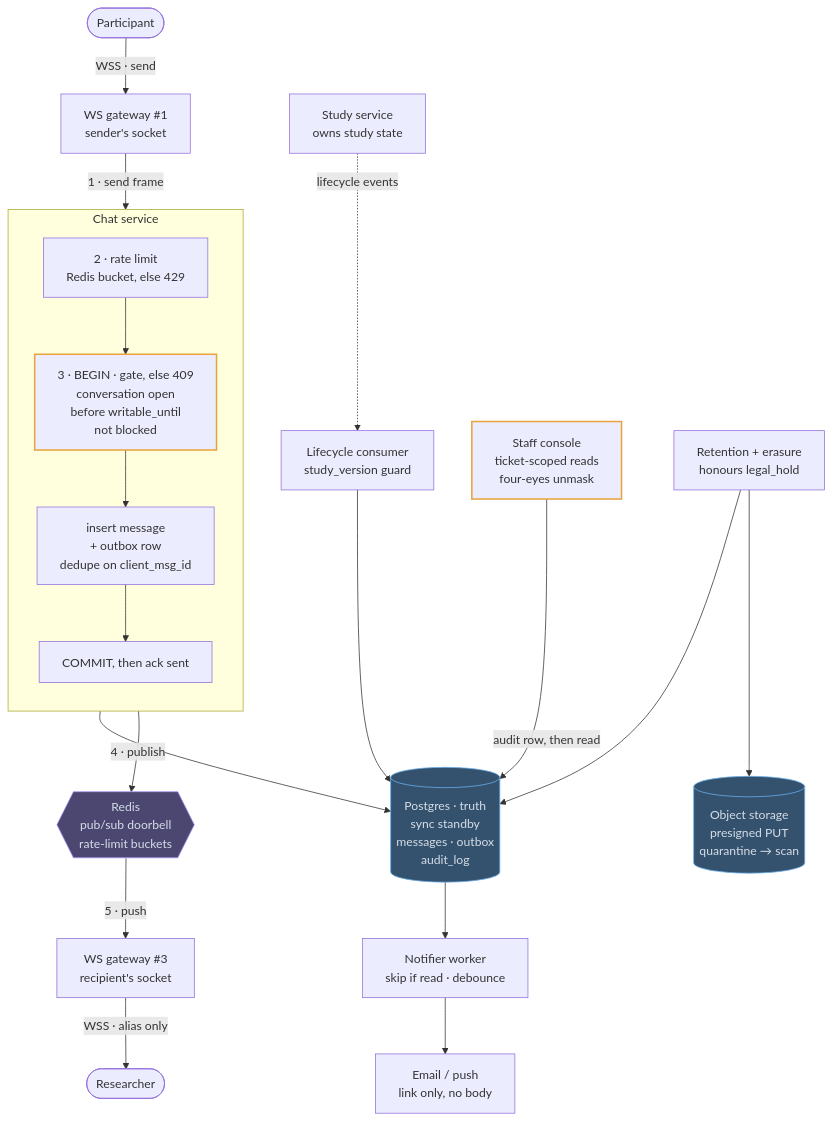
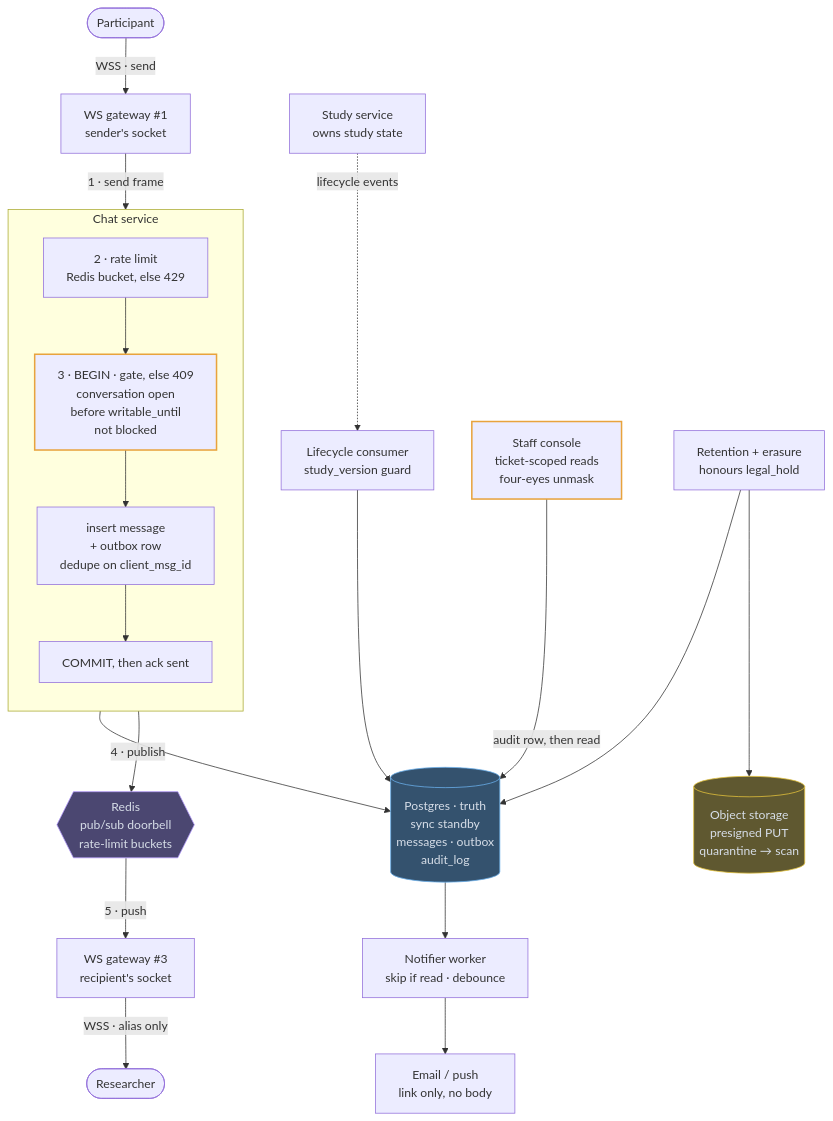
One commit to mertkahyaoglu/atlas changed the diagram in content/designs/16-researcher-participant-chat.md. Above: the diagram before and after it, drawn with Mermaid. The commit also changed 16 other files, not shown here.

First line of the commit message:
Split store into db/cache/blob; color gateway and load-balancer nodes

````diff
--- a/content/designs/16-researcher-participant-chat.md
+++ b/content/designs/16-researcher-participant-chat.md
@@ -193,47 +193,49 @@
 ```mermaid
 flowchart TB
     P([Participant]) -- "WSS · send" --> GWA["WS gateway #1<br/>sender's socket"]
     GWA -- "1 · send frame" --> Limit
 
     subgraph SEND ["Chat service"]
         direction TB
         Limit["2 · rate limit<br/>Redis bucket, else 429"]
         Gate["3 · BEGIN · gate, else 409<br/>conversation open<br/>before writable_until<br/>not blocked"]
         Write["insert message<br/>+ outbox row<br/>dedupe on client_msg_id"]
         Ack["COMMIT, then ack sent"]
         Limit --> Gate --> Write --> Ack
     end
 
     Study["Study service<br/>owns study state"] -. "lifecycle events" .-> Consumer["Lifecycle consumer<br/>study_version guard"]
     Consumer --> PG
     Write --> PG[("Postgres · truth<br/>sync standby<br/>messages · outbox<br/>audit_log")]
 
     Ack -- "4 · publish" --> Redis{{"Redis<br/>pub/sub doorbell<br/>rate-limit buckets"}}
     Redis -- "5 · push" --> GWB["WS gateway #3<br/>recipient's socket"]
     GWB -- "WSS · alias only" --> R([Researcher])
 
     PG --> Notifier["Notifier worker<br/>skip if read · debounce"]
     Notifier --> Email["Email / push<br/>link only, no body"]
 
     Staff["Staff console<br/>ticket-scoped reads<br/>four-eyes unmask"] -- "audit row, then read" --> PG
     Retention["Retention + erasure<br/>honours legal_hold"] --> PG
     Retention --> Obj[("Object storage<br/>presigned PUT<br/>quarantine → scan")]
 
-    classDef store fill:#34526e,stroke:#6cb2ee,color:#d7dee8
+    classDef db fill:#34526e,stroke:#6cb2ee,color:#d7dee8
+    classDef blob fill:#5f5830,stroke:#e6c43c,color:#d7dee8
     classDef queue fill:#4b4771,stroke:#ad94f7,color:#d7dee8
     classDef hot stroke:#e8a33d,stroke-width:2px
-    class PG,Obj store
+    class PG db
+    class Obj blob
     class Gate,Staff hot
     class Redis queue
 
     click GWA href "/docs/07-apis-and-communication" "Role: holds the sender's socket and forwards frames to the chat service.<br/>Trade-off: stateful, but three nodes with a spare is the whole scaling story here."
     click Limit href "/docs/07-apis-and-communication" "Role: rejects a sender whose token bucket is empty, before any database work.<br/>Trade-off: one Redis round trip per send, and a Redis outage forces a fail-open or fail-closed choice."
     click Gate href "/docs/03-consistency-and-distributed-systems" "Role: checks conversation state and blocks inside the send transaction, before the insert.<br/>Trade-off: state is materialized from events, so a study closure lands a few seconds late."
     click PG href "/docs/02-data-storage" "Role: source of truth for conversations, messages, the outbox and the audit log.<br/>Trade-off: the synchronous standby adds a little commit latency so failover never loses an acked message."
     click Redis href "/docs/05-async-messaging-and-event-driven" "Role: rings the recipient's gateway after commit and holds rate-limit buckets.<br/>Trade-off: pub/sub drops publishes nobody hears, so clients resync from Postgres on reconnect."
     click Consumer href "/docs/05-async-messaging-and-event-driven" "Role: turns study lifecycle events into conversation state.<br/>Trade-off: events repeat and reorder, so every update is guarded by study_version."
     click Notifier href "/docs/03-consistency-and-distributed-systems" "Role: drains the transactional outbox into debounced email and push.<br/>Trade-off: at-least-once, so a crash mid-send can produce a duplicate email."
     click Obj href "/docs/09-specialized-building-blocks" "Role: attachment bytes, quarantined until scanned and served through short-lived URLs.<br/>Trade-off: scanning delays an attachment's appearance by a few seconds."
     click Staff href "/docs/08-reliability-and-operations" "Role: ticket-scoped support access and audited unmasking.<br/>Trade-off: reads fail closed if the audit write fails, choosing consistency over availability."
     click Retention href "/docs/08-reliability-and-operations" "Role: enforces retention deadlines and erasure requests.<br/>Trade-off: backups can't be edited, so erasure is replayed after restores or keys are shredded."
 ```
````
